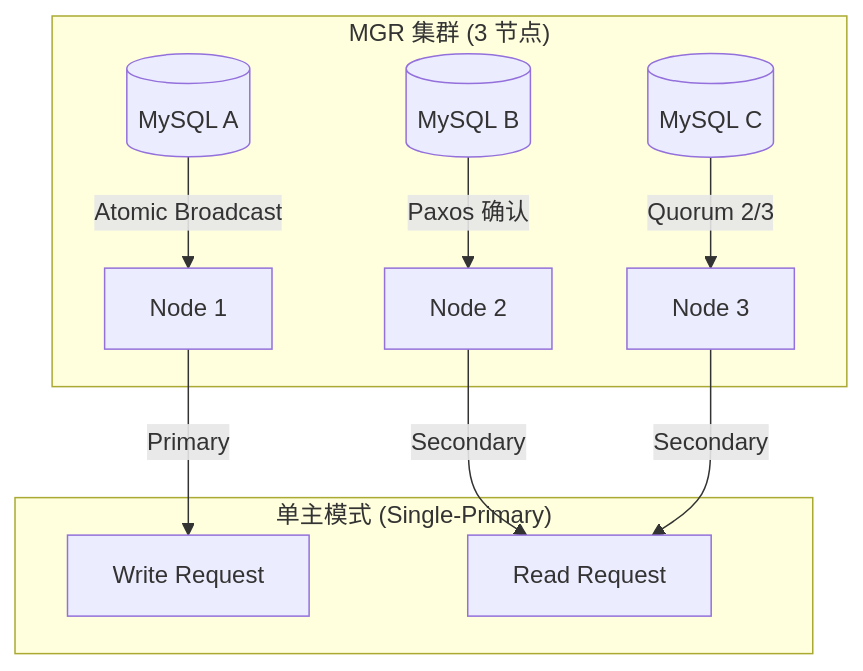
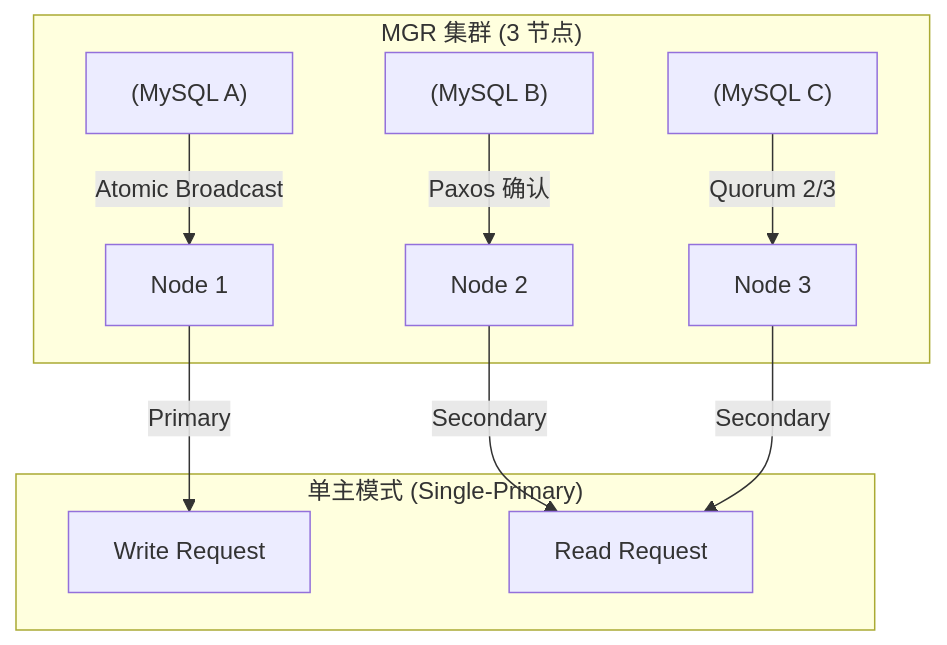
The diagram in docs/database/mysql/ha/ha-clustering.md (Aiden-Coding/AiDocs), drawn with Mermaid before and after one commit. The commit also changed 97 other files, not shown here.

````diff
--- a/docs/database/mysql/ha/ha-clustering.md
+++ b/docs/database/mysql/ha/ha-clustering.md
@@ -26,13 +26,13 @@
 ```mermaid
 graph TD
     subgraph "MGR 集群 (3 节点)"
-        Node1[(MySQL A)] -->|Atomic Broadcast| Peer1[Node 1]
-        Node2[(MySQL B)] -->|Paxos 确认| Peer2[Node 2]
-        Node3[(MySQL C)] -->|Quorum 2/3| Peer3[Node 3]
+        Node1["(MySQL A)"] -->|Atomic Broadcast| Peer1[Node 1]
+        Node2["(MySQL B)"] -->|Paxos 确认| Peer2[Node 2]
+        Node3["(MySQL C)"] -->|"Quorum 2/3"| Peer3[Node 3]
     end
     subgraph "单主模式 (Single-Primary)"
         Peer1 -->|Primary| Write[Write Request]
         Peer2 -->|Secondary| Read[Read Request]
         Peer3 -->|Secondary| Read
     end
 ```
````
